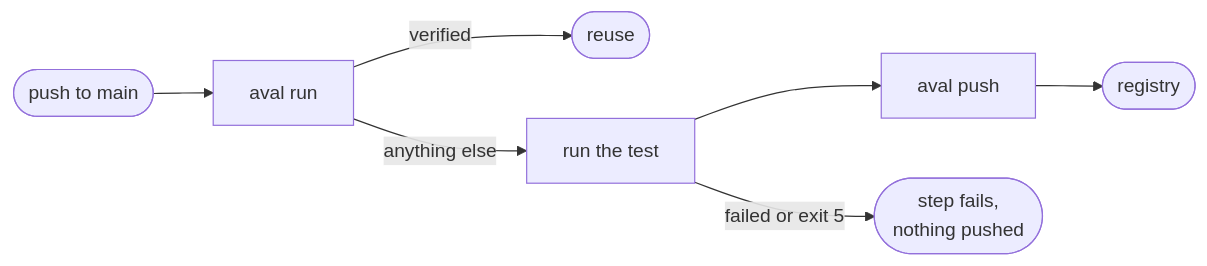
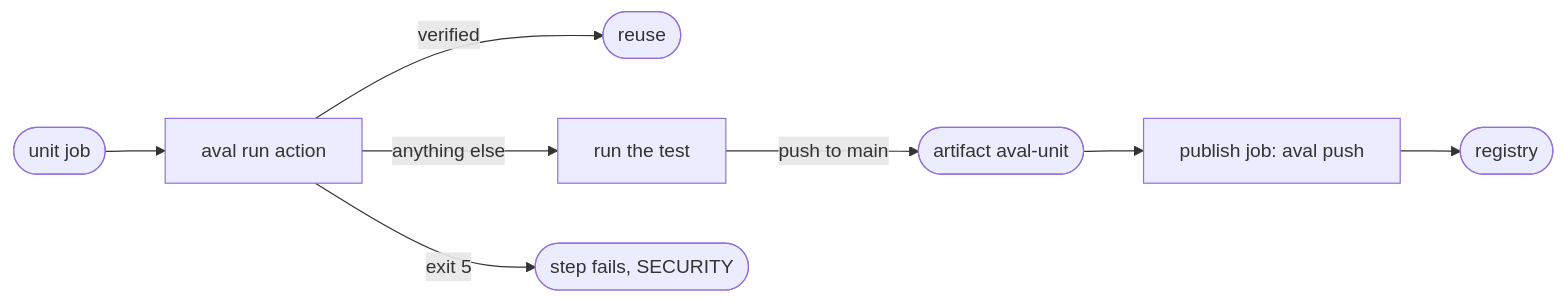
Before and after one commit to TrianaLab/aval: the diagram in docs/guides/github-actions.md, drawn with Mermaid. The commit also changed other lines of this file and 17 other files, not shown here.

First line of the commit message:
feat: GitHub composite action integrations/github/run (#211) (#231)

````diff
--- a/docs/guides/github-actions.md
+++ b/docs/guides/github-actions.md
@@ -6,7 +6,8 @@
 ```mermaid
 flowchart LR
-  job([push to main]) --> run[aval run]
-  run -- verified --> skip([reuse]):::ok
-  run -- anything else --> test[run the test] --> push[aval push] --> reg([registry]):::muted
-  test -- "failed or exit 5" --> fail([step fails,<br>nothing pushed]):::err
+  job([unit job]) --> act[aval run action]
+  act -- verified --> skip([reuse]):::ok
+  act -- anything else --> test[run the test]
+  test -- "push to main" --> art([artifact aval-unit]) --> pub[publish job: aval push] --> reg([registry]):::muted
+  act -- "exit 5" --> fail([step fails, SECURITY]):::err
 ```
````
